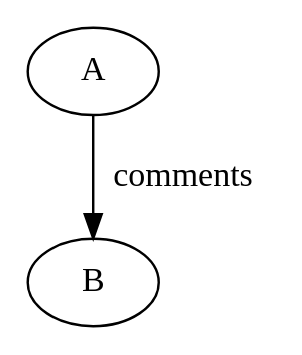
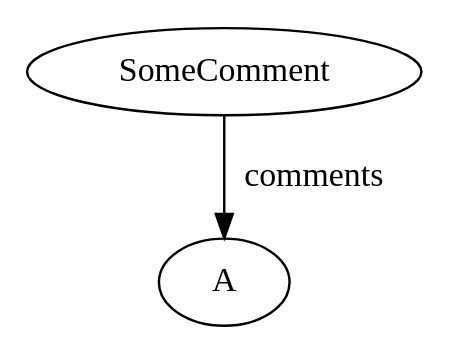
The ninth of 22 diagrams in src/adhocracy.core/docs/supergraph.rst (liqd/adhocracy3), drawn with Graphviz before and after one commit. The commit also changed other lines of this file, not shown here.

```diff
--- a/src/adhocracy.core/docs/supergraph.rst
+++ b/src/adhocracy.core/docs/supergraph.rst
@@ -251,3 +245,3 @@
 .. digraph:: bla
 
-    A -> B [label = comments];
+    SomeComment -> A [label = comments];
```
